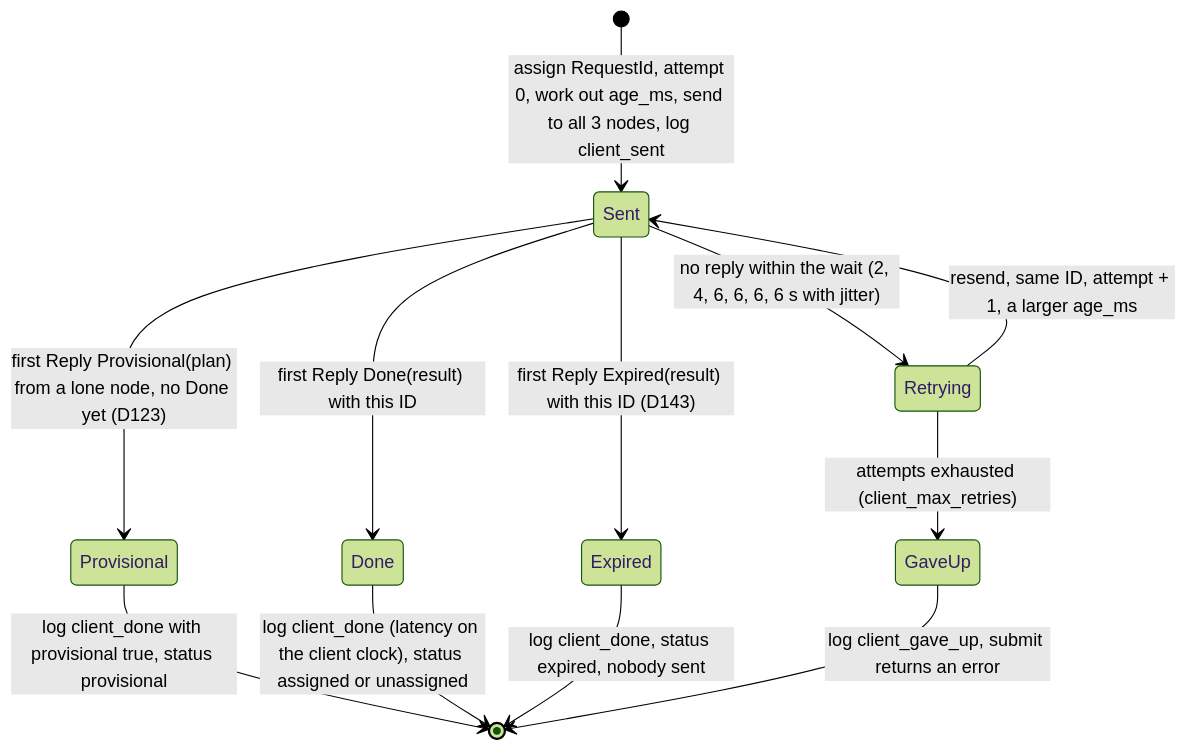
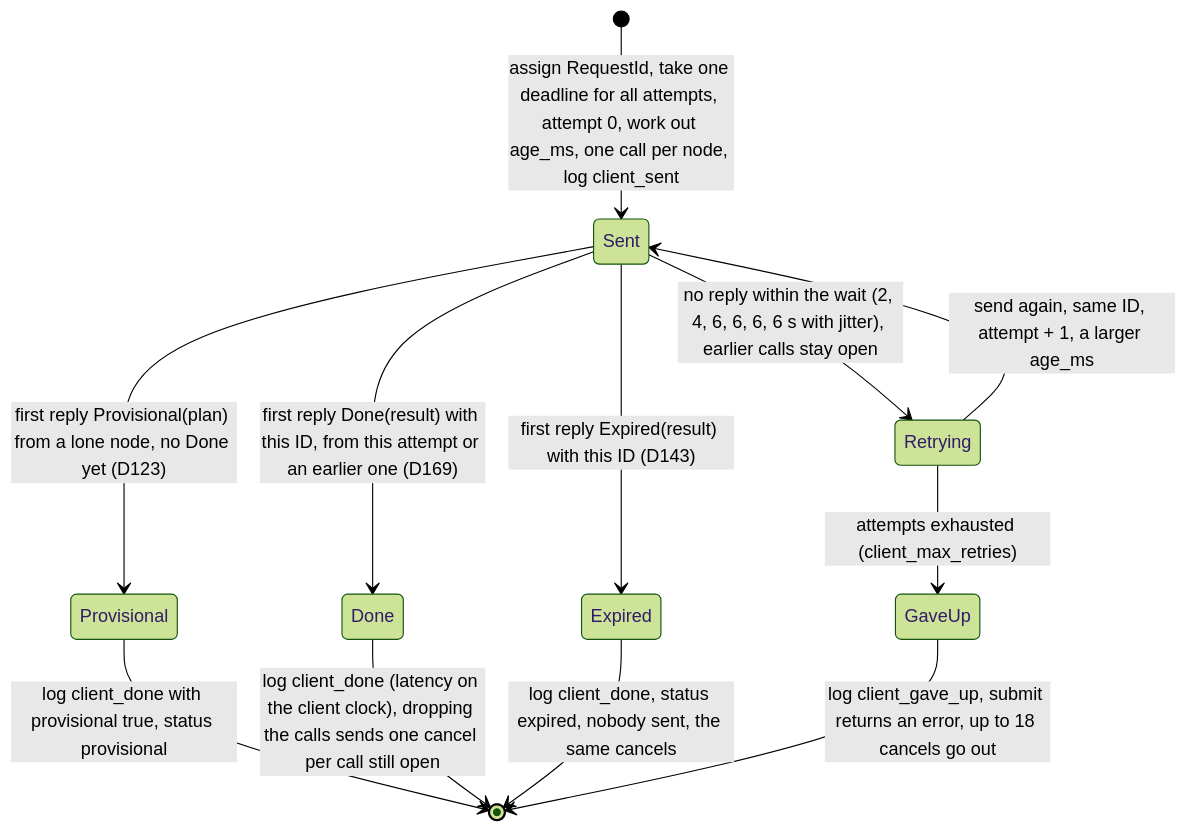
One commit to noortaytoy1/DistributedSystems changed diagram 40 of 47 in docs/architecture.md. Above: the diagram before and after it, drawn with Mermaid (forest theme). The commit also changed other lines of this file and 8 other files, not shown here.

````diff
--- a/docs/architecture.md
+++ b/docs/architecture.md
@@ -1452,14 +1564,14 @@
 ```mermaid
 stateDiagram-v2
-    [*] --> Sent: assign RequestId, attempt 0, work out age_ms, send to all 3 nodes, log client_sent
-    Sent --> Done: first Reply Done(result) with this ID
-    Sent --> Expired: first Reply Expired(result) with this ID (D143)
-    Sent --> Provisional: first Reply Provisional(plan) from a lone node, no Done yet (D123)
+    [*] --> Sent: assign RequestId, take one deadline for all attempts, attempt 0, work out age_ms, one call per node, log client_sent
+    Sent --> Done: first reply Done(result) with this ID, from this attempt or an earlier one (D169)
+    Sent --> Expired: first reply Expired(result) with this ID (D143)
+    Sent --> Provisional: first reply Provisional(plan) from a lone node, no Done yet (D123)
     Provisional --> [*]: log client_done with provisional true, status provisional
-    Sent --> Retrying: no reply within the wait (2, 4, 6, 6, 6, 6 s with jitter)
-    Retrying --> Sent: resend, same ID, attempt + 1, a larger age_ms
+    Sent --> Retrying: no reply within the wait (2, 4, 6, 6, 6, 6 s with jitter), earlier calls stay open
+    Retrying --> Sent: send again, same ID, attempt + 1, a larger age_ms
     Retrying --> GaveUp: attempts exhausted (client_max_retries)
-    Done --> [*]: log client_done (latency on the client clock), status assigned or unassigned
-    Expired --> [*]: log client_done, status expired, nobody sent
-    GaveUp --> [*]: log client_gave_up, submit returns an error
+    Done --> [*]: log client_done (latency on the client clock), dropping the calls sends one cancel per call still open
+    Expired --> [*]: log client_done, status expired, nobody sent, the same cancels
+    GaveUp --> [*]: log client_gave_up, submit returns an error, up to 18 cancels go out
 ```
````
